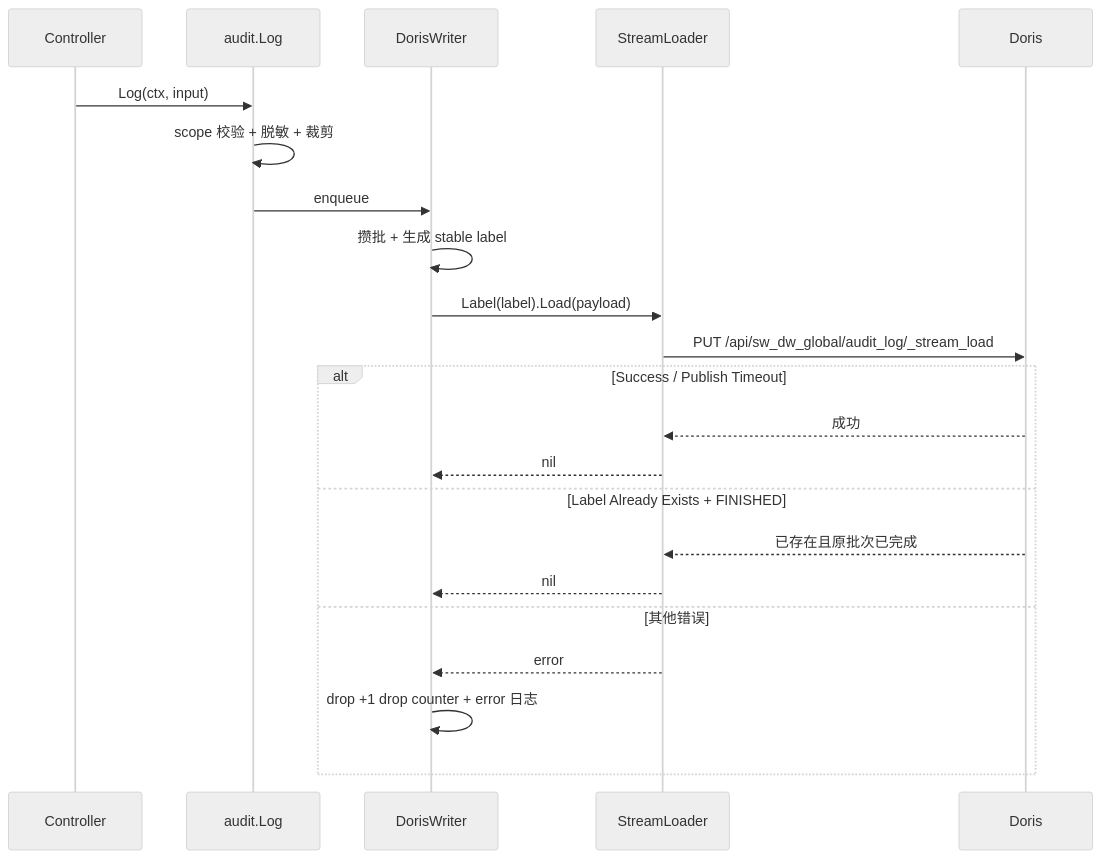
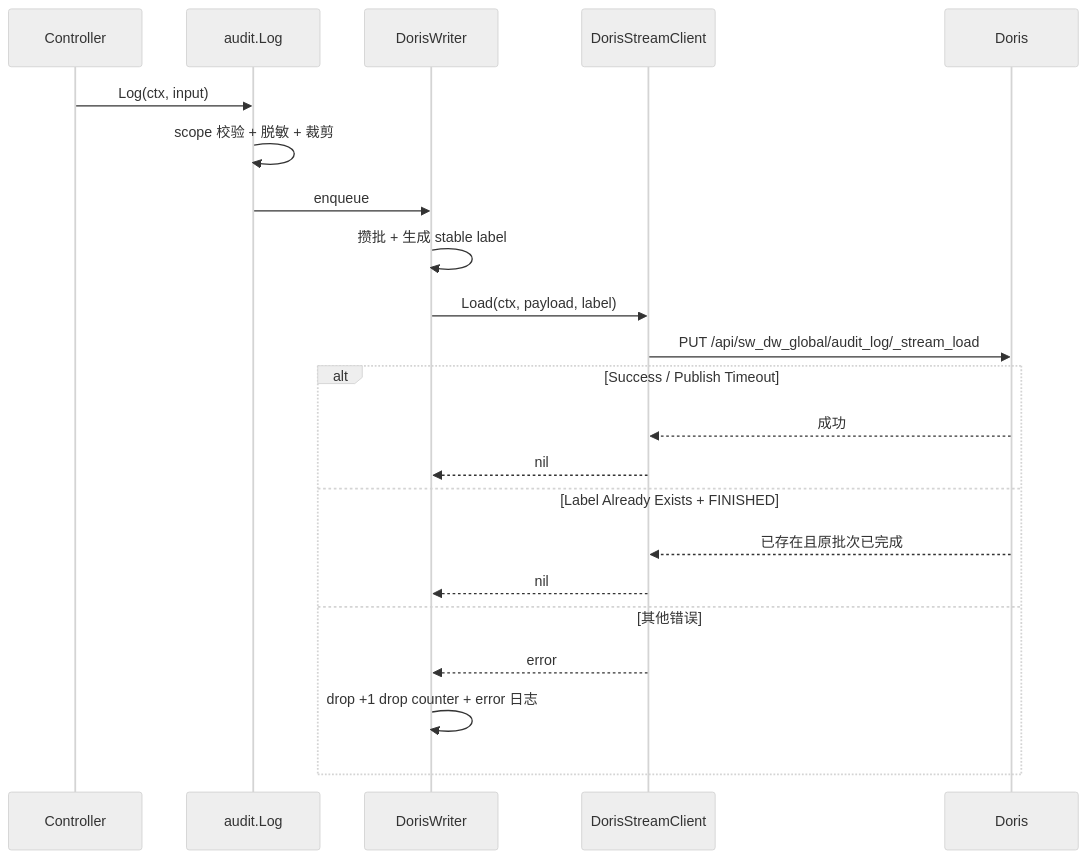
The second of 2 diagrams in specs/20260626-Wave-Feat-AddAuditLog/03-plan-doris.md (qinwenshiCH/workflow), drawn with Mermaid (neutral theme) before and after one commit. The commit also changed other lines of this file and 5 other files, not shown here.

````diff
--- a/specs/20260626-Wave-Feat-AddAuditLog/03-plan-doris.md
+++ b/specs/20260626-Wave-Feat-AddAuditLog/03-plan-doris.md
@@ -223,25 +228,25 @@
 ```mermaid
 sequenceDiagram
     participant C as Controller
     participant A as audit.Log
     participant W as DorisWriter
-    participant SL as StreamLoader
+    participant SL as DorisStreamClient
     participant D as Doris
 
     C->>A: Log(ctx, input)
     A->>A: scope 校验 + 脱敏 + 裁剪
     A->>W: enqueue
     W->>W: 攒批 + 生成 stable label
-    W->>SL: Label(label).Load(payload)
+    W->>SL: Load(ctx, payload, label)
     SL->>D: PUT /api/sw_dw_global/audit_log/_stream_load
     alt Success / Publish Timeout
         D-->>SL: 成功
         SL-->>W: nil
     else Label Already Exists + FINISHED
         D-->>SL: 已存在且原批次已完成
         SL-->>W: nil
     else 其他错误
         SL-->>W: error
         W->>W: drop +1 drop counter + error 日志
     end
 ```
````
